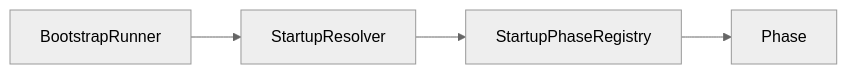
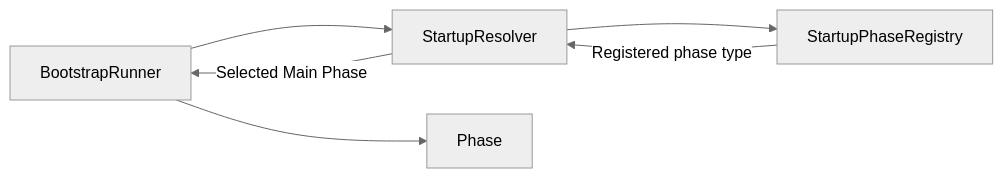
Before and after one commit to chainsawlad-Org/ChainSaw_Leg: the second of 3 diagrams in Docs/Eng/ArchitectureAtlas/02_Bootstrap.md, drawn with Mermaid (neutral theme). The commit also changed other lines of this file and 29 other files, not shown here.

````diff
--- a/Docs/Eng/ArchitectureAtlas/02_Bootstrap.md
+++ b/Docs/Eng/ArchitectureAtlas/02_Bootstrap.md
@@ -134,17 +136,21 @@
 ```mermaid
 flowchart LR
 
 BootstrapRunner
 
 StartupResolver
 
 StartupPhaseRegistry
 
 Phase
 
 BootstrapRunner --> StartupResolver
 
 StartupResolver --> StartupPhaseRegistry
 
-StartupPhaseRegistry --> Phase
+StartupPhaseRegistry -->|Registered phase type| StartupResolver
+
+StartupResolver -->|Selected Main Phase| BootstrapRunner
+
+BootstrapRunner --> Phase
 ```
````
